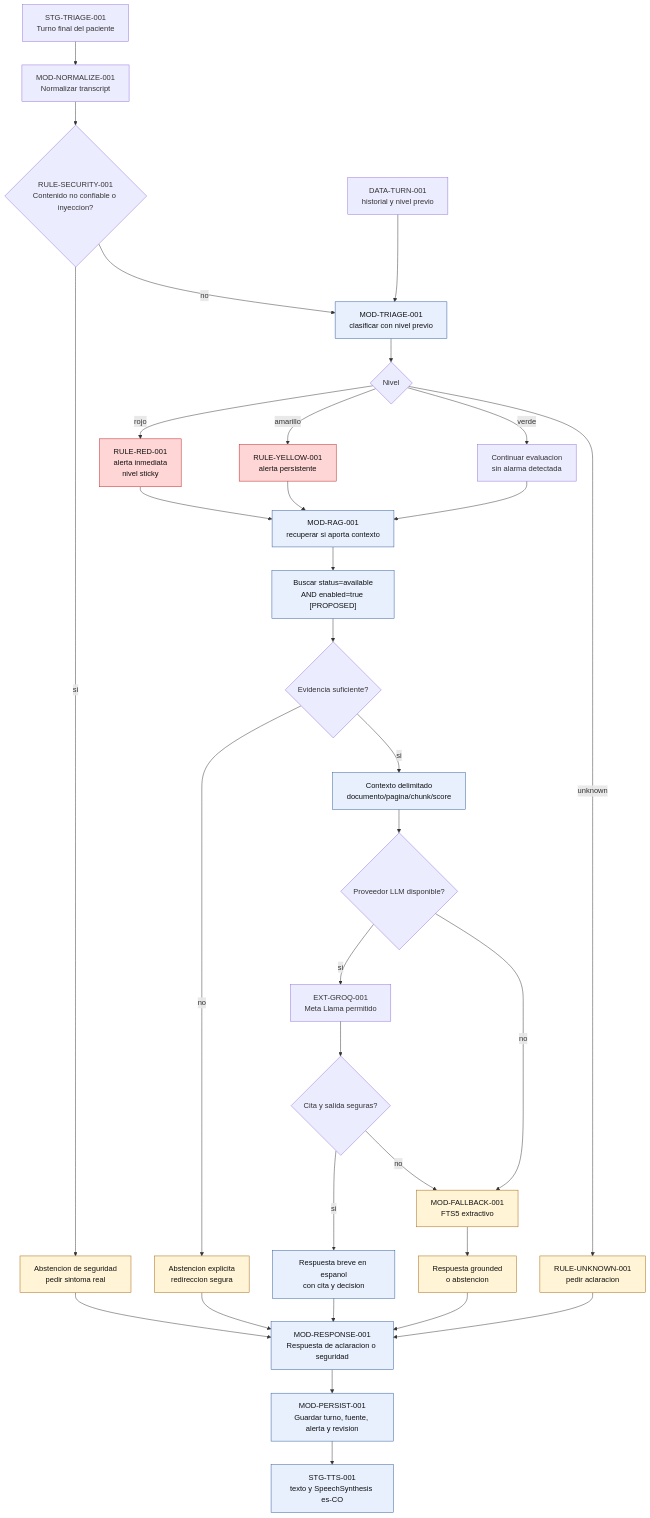
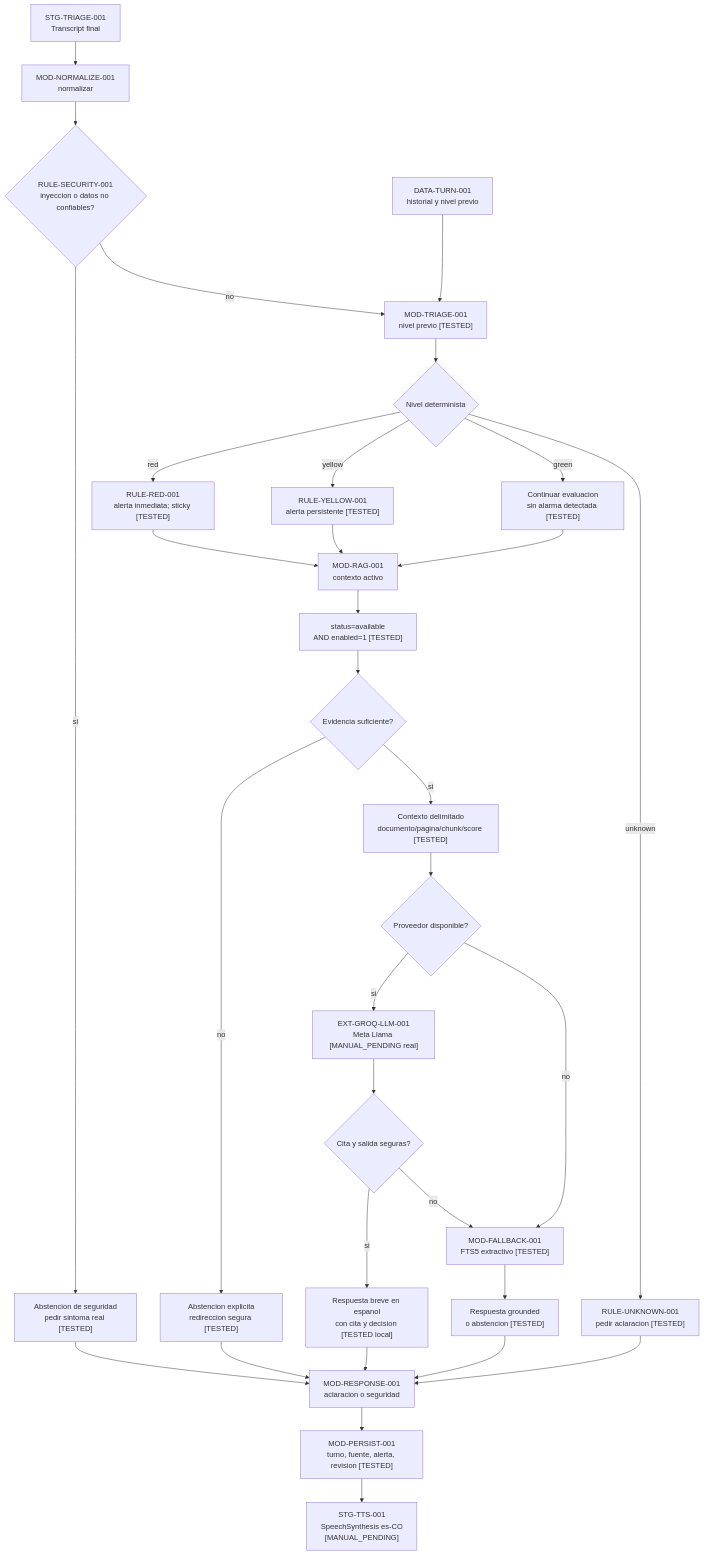
The sixth of 8 diagrams in specs/06_system_flow_diagram_specification.md (JhofredCam/TechSphereChallenge), drawn with Mermaid before and after one commit. The commit also changed other lines of this file and 56 other files, not shown here.

````diff
--- a/specs/06_system_flow_diagram_specification.md
+++ b/specs/06_system_flow_diagram_specification.md
@@ -568,43 +537,36 @@
 ```mermaid
 flowchart TD
-    T["STG-TRIAGE-001<br/>Turno final del paciente"] --> N["MOD-NORMALIZE-001<br/>Normalizar transcript"]
-    N --> INJ{"RULE-SECURITY-001<br/>Contenido no confiable o inyeccion?"}
-    INJ -->|"si"| SAFE["Abstencion de seguridad<br/>pedir sintoma real"]
-    INJ -->|"no"| TRI["MOD-TRIAGE-001<br/>clasificar con nivel previo"]
+    T["STG-TRIAGE-001<br/>Transcript final"] --> N["MOD-NORMALIZE-001<br/>normalizar"]
+    N --> INJ{"RULE-SECURITY-001<br/>inyeccion o datos no confiables?"}
+    INJ -->|"si"| SAFE["Abstencion de seguridad<br/>pedir sintoma real [TESTED]"]
+    INJ -->|"no"| TRI["MOD-TRIAGE-001<br/>nivel previo [TESTED]"]
 
     HISTORY["DATA-TURN-001<br/>historial y nivel previo"] --> TRI
-    TRI --> LEVEL{"Nivel"}
-    LEVEL -->|"rojo"| RED["RULE-RED-001<br/>alerta inmediata<br/>nivel sticky"]
-    LEVEL -->|"amarillo"| YELLOW["RULE-YELLOW-001<br/>alerta persistente"]
-    LEVEL -->|"verde"| GREEN["Continuar evaluacion<br/>sin alarma detectada"]
-    LEVEL -->|"unknown"| UNKNOWN["RULE-UNKNOWN-001<br/>pedir aclaracion"]
+    TRI --> LEVEL{"Nivel determinista"}
+    LEVEL -->|"red"| RED["RULE-RED-001<br/>alerta inmediata; sticky [TESTED]"]
+    LEVEL -->|"yellow"| YELLOW["RULE-YELLOW-001<br/>alerta persistente [TESTED]"]
+    LEVEL -->|"green"| GREEN["Continuar evaluacion<br/>sin alarma detectada [TESTED]"]
+    LEVEL -->|"unknown"| UNKNOWN["RULE-UNKNOWN-001<br/>pedir aclaracion [TESTED]"]
 
-    RED --> CONTEXT["MOD-RAG-001<br/>recuperar si aporta contexto"]
+    RED --> CONTEXT["MOD-RAG-001<br/>contexto activo"]
     YELLOW --> CONTEXT
     GREEN --> CONTEXT
-    UNKNOWN --> RESPONSE["MOD-RESPONSE-001<br/>Respuesta de aclaracion o seguridad"]
+    UNKNOWN --> RESPONSE["MOD-RESPONSE-001<br/>aclaracion o seguridad"]
     SAFE --> RESPONSE
-    CONTEXT --> SEARCH["Buscar status=available<br/>AND enabled=true [PROPOSED]"]
+    CONTEXT --> SEARCH["status=available<br/>AND enabled=1 [TESTED]"]
     SEARCH --> EVIDENCE{"Evidencia suficiente?"}
-    EVIDENCE -->|"no"| ABSTAIN["Abstencion explicita<br/>redireccion segura"]
-    EVIDENCE -->|"si"| CITE["Contexto delimitado<br/>documento/pagina/chunk/score"]
-    CITE --> PROVIDER{"Proveedor LLM disponible?"}
-    PROVIDER -->|"si"| LLM["EXT-GROQ-001<br/>Meta Llama permitido"]
-    PROVIDER -->|"no"| FALLBACK["MOD-FALLBACK-001<br/>FTS5 extractivo"]
+    EVIDENCE -->|"no"| ABSTAIN["Abstencion explicita<br/>redireccion segura [TESTED]"]
+    EVIDENCE -->|"si"| CITE["Contexto delimitado<br/>documento/pagina/chunk/score [TESTED]"]
+    CITE --> PROVIDER{"Proveedor disponible?"}
+    PROVIDER -->|"si"| LLM["EXT-GROQ-LLM-001<br/>Meta Llama [MANUAL_PENDING real]"]
+    PROVIDER -->|"no"| FALLBACK["MOD-FALLBACK-001<br/>FTS5 extractivo [TESTED]"]
     LLM --> VALIDATE{"Cita y salida seguras?"}
-    VALIDATE -->|"si"| ANSWER["Respuesta breve en espanol<br/>con cita y decision"]
+    VALIDATE -->|"si"| ANSWER["Respuesta breve en espanol<br/>con cita y decision [TESTED local]"]
     VALIDATE -->|"no"| FALLBACK
-    FALLBACK --> SAFEANSWER["Respuesta grounded<br/>o abstencion"]
+    FALLBACK --> SAFEANSWER["Respuesta grounded<br/>o abstencion [TESTED]"]
     ABSTAIN --> RESPONSE
     ANSWER --> RESPONSE
     SAFEANSWER --> RESPONSE
-    RESPONSE --> PERSIST["MOD-PERSIST-001<br/>Guardar turno, fuente, alerta y revision"]
-    PERSIST --> AUDIO["STG-TTS-001<br/>texto y SpeechSynthesis es-CO"]
-
-    classDef danger fill:#ffd6d6,stroke:#b91c1c,color:#111;
-    classDef safe fill:#fff4d6,stroke:#a16207,color:#111;
-    classDef normal fill:#e8f0fe,stroke:#2b579a,color:#111;
-    class RED,YELLOW danger;
-    class SAFE,ABSTAIN,UNKNOWN,FALLBACK,SAFEANSWER safe;
-    class TRI,CONTEXT,SEARCH,CITE,ANSWER,RESPONSE,PERSIST,AUDIO normal;
+    RESPONSE --> PERSIST["MOD-PERSIST-001<br/>turno, fuente, alerta, revision [TESTED]"]
+    PERSIST --> AUDIO["STG-TTS-001<br/>SpeechSynthesis es-CO<br/>[MANUAL_PENDING]"]
 ```
````
